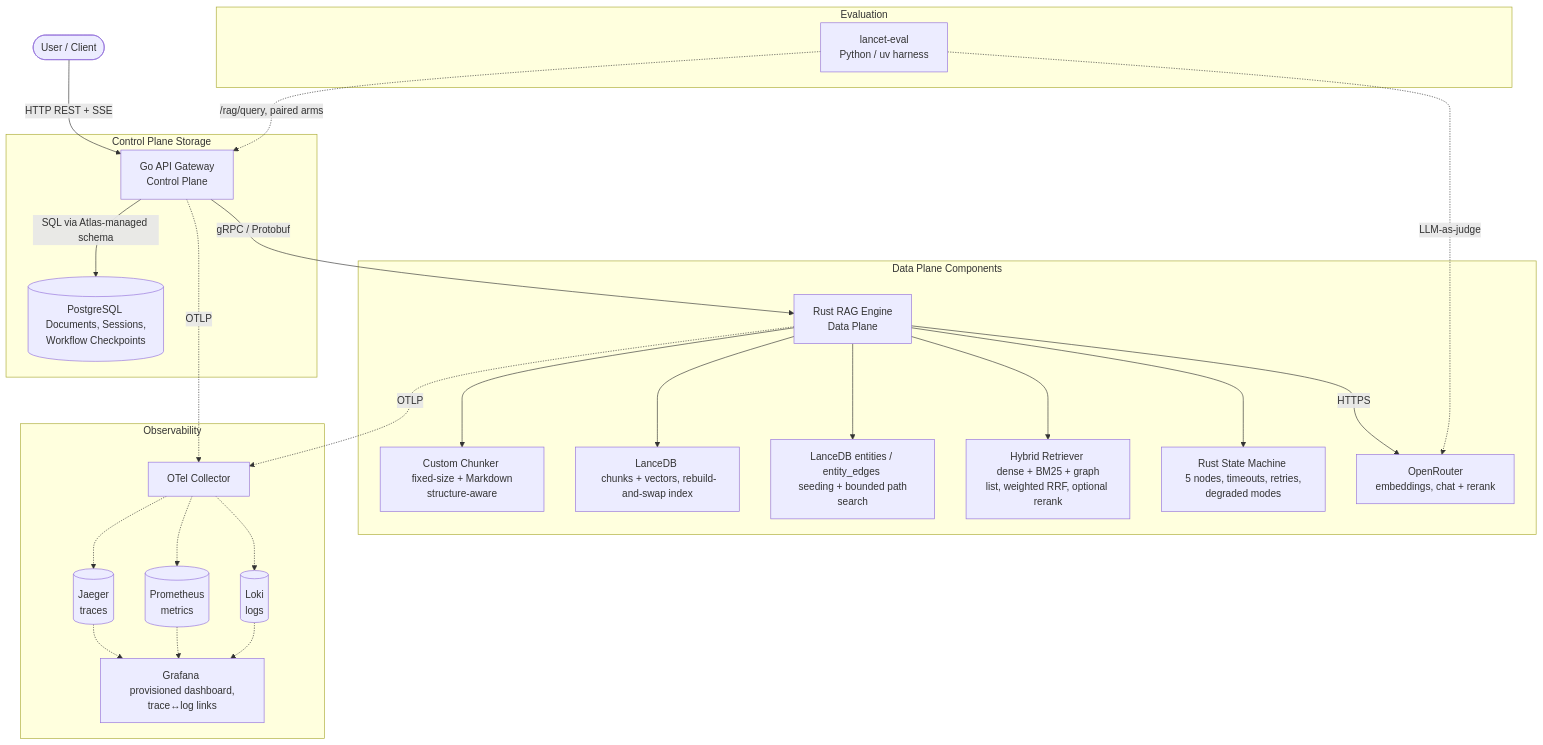
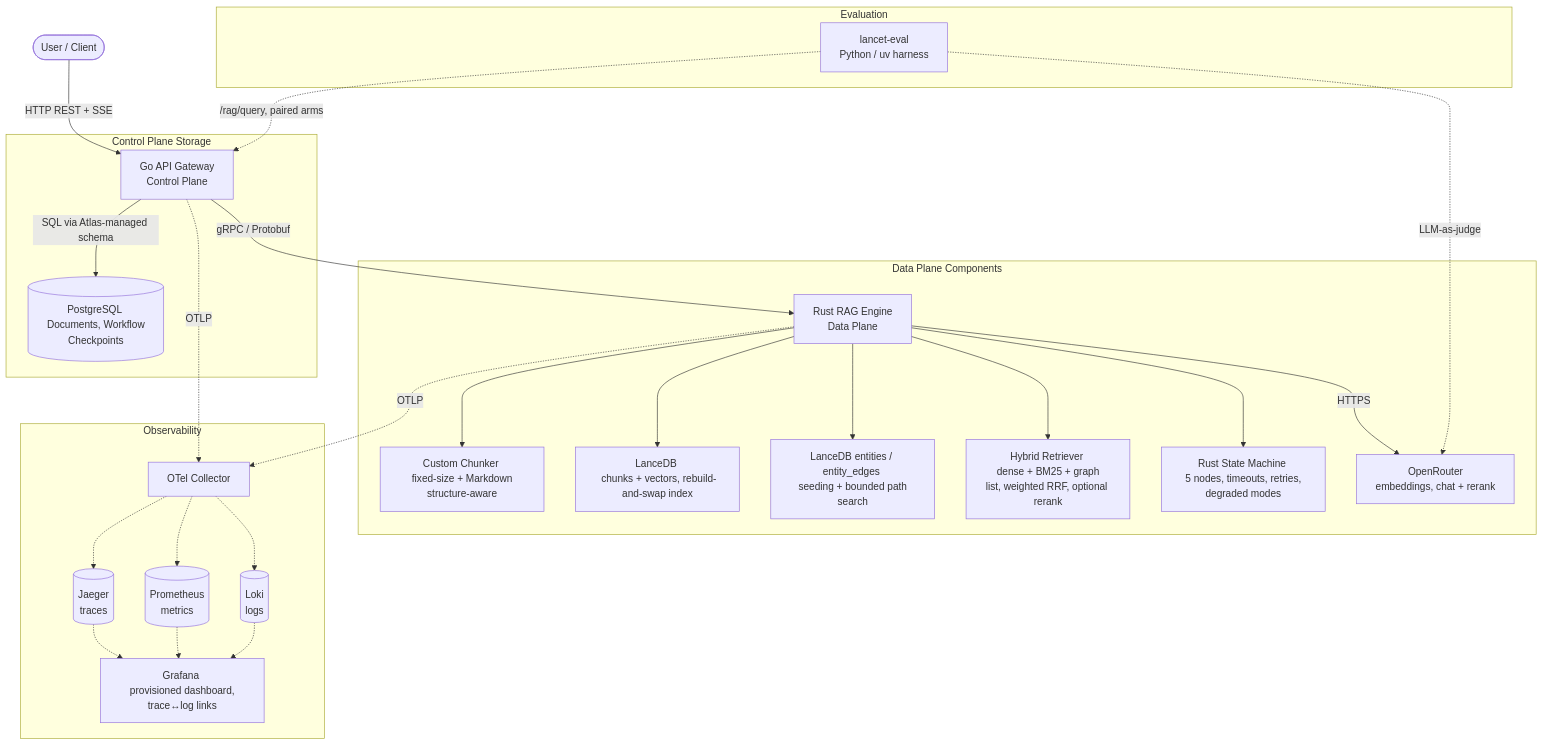
The diagram in README.md (mileschintw/rust-lancedb-graphrag), drawn with Mermaid before and after one commit. The commit also changed other lines of this file and 5 other files, not shown here.

````diff
--- a/README.md
+++ b/README.md
@@ -52,32 +52,32 @@
 ```mermaid
 graph TD
     User([User / Client]) -->|HTTP REST + SSE| GoGateway[Go API Gateway <br> Control Plane]
     GoGateway -->|gRPC / Protobuf| RustEngine[Rust RAG Engine <br> Data Plane]
 
     subgraph Control Plane Storage
-        GoGateway -->|SQL via Atlas-managed schema| Postgres[(PostgreSQL <br> Documents, Sessions, Workflow Checkpoints)]
+        GoGateway -->|SQL via Atlas-managed schema| Postgres[(PostgreSQL <br> Documents, Workflow Checkpoints)]
     end
 
     subgraph Data Plane Components
         RustEngine --> Chunker[Custom Chunker <br> fixed-size + Markdown structure-aware]
         RustEngine --> Store[LanceDB <br> chunks + vectors, rebuild-and-swap index]
         RustEngine --> GraphStore[LanceDB entities / entity_edges <br> seeding + bounded path search]
         RustEngine --> Retriever[Hybrid Retriever <br> dense + BM25 + graph list, weighted RRF, optional rerank]
         RustEngine --> Orchestrator[Rust State Machine <br> 5 nodes, timeouts, retries, degraded modes]
         RustEngine -->|HTTPS| LLM[OpenRouter <br> embeddings, chat + rerank]
     end
 
     subgraph Observability
         GoGateway -.->|OTLP| Collector[OTel Collector]
         RustEngine -.->|OTLP| Collector
         Collector -.-> Jaeger[(Jaeger <br> traces)]
         Collector -.-> Prometheus[(Prometheus <br> metrics)]
         Collector -.-> Loki[(Loki <br> logs)]
         Jaeger & Prometheus & Loki -.-> Grafana[Grafana <br> provisioned dashboard, trace↔log links]
     end
 
     subgraph Evaluation
         Eval[lancet-eval <br> Python / uv harness] -.->|/rag/query, paired arms| GoGateway
         Eval -.->|LLM-as-judge| LLM
     end
 ```
````
